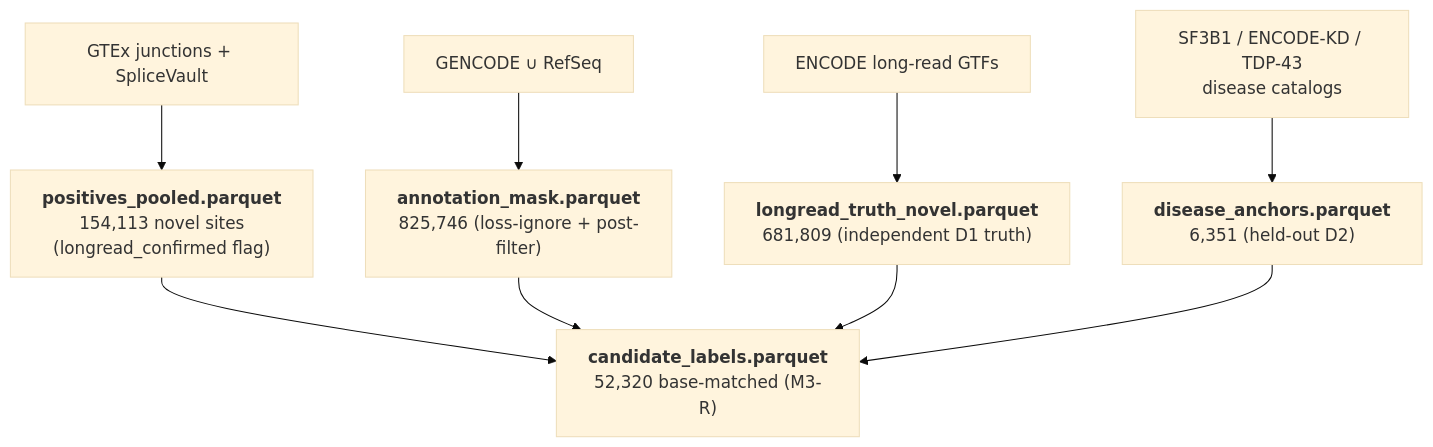
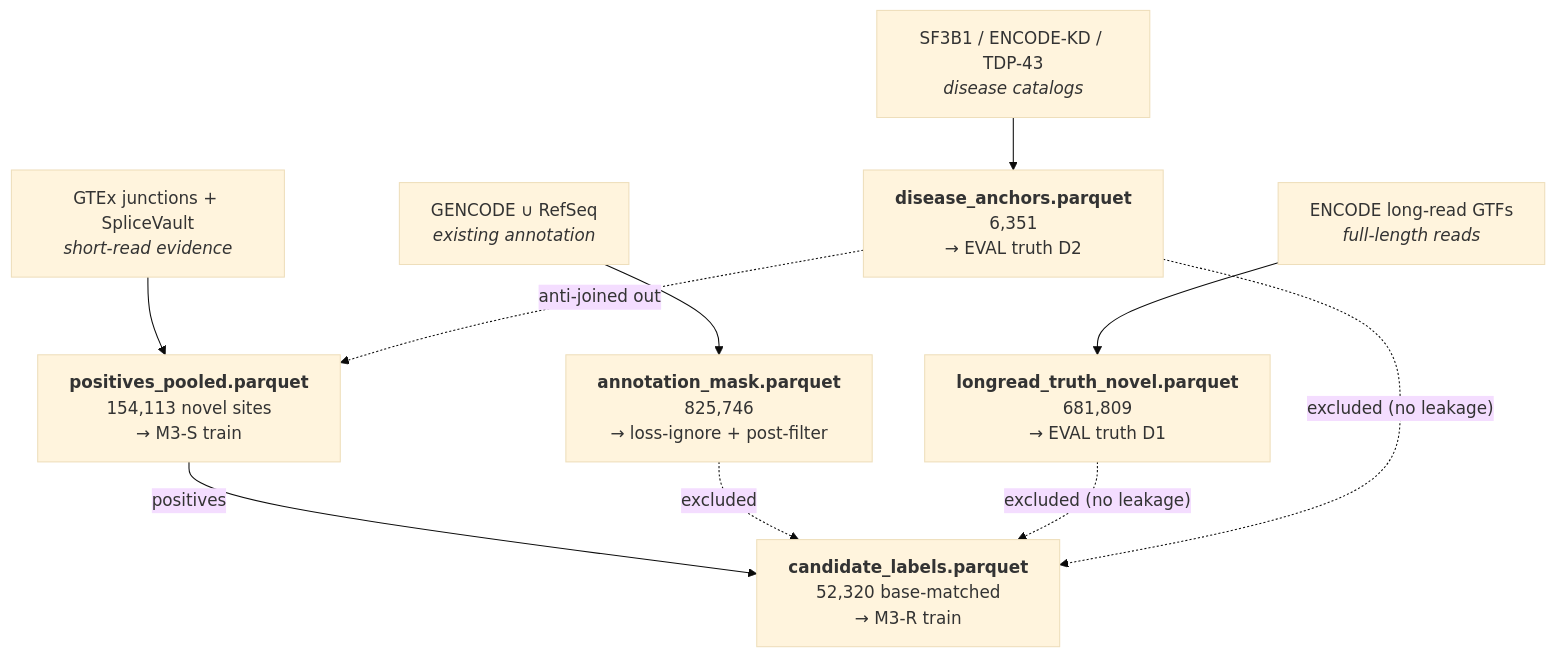
One commit to pleiadian53/agentic-spliceai changed the diagram in docs/workflows/meta_layer/09_m3_label_curation.md. Above: the diagram before and after it, drawn with Mermaid (base theme). The commit also changed other lines of this file, not shown here.

````diff
--- a/docs/workflows/meta_layer/09_m3_label_curation.md
+++ b/docs/workflows/meta_layer/09_m3_label_curation.md
@@ -24,11 +26,12 @@
 ```mermaid
 flowchart TD
-  A["GTEx junctions + SpliceVault"] --> P["<b>positives_pooled.parquet</b><br/>154,113 novel sites<br/>(longread_confirmed flag)"]
-  B["SF3B1 / ENCODE-KD / TDP-43<br/>disease catalogs"] --> D2["<b>disease_anchors.parquet</b><br/>6,351 (held-out D2)"]
-  C["GENCODE ∪ RefSeq"] --> M["<b>annotation_mask.parquet</b><br/>825,746 (loss-ignore + post-filter)"]
-  E["ENCODE long-read GTFs"] --> D1["<b>longread_truth_novel.parquet</b><br/>681,809 (independent D1 truth)"]
-  P --> R["<b>candidate_labels.parquet</b><br/>52,320 base-matched (M3-R)"]
-  M --> R
-  D1 --> R
-  D2 --> R
+  A["GTEx junctions + SpliceVault<br/><i>short-read evidence</i>"] --> P["<b>positives_pooled.parquet</b><br/>154,113 novel sites<br/>→ M3-S train"]
+  C["GENCODE ∪ RefSeq<br/><i>existing annotation</i>"] --> M["<b>annotation_mask.parquet</b><br/>825,746<br/>→ loss-ignore + post-filter"]
+  E["ENCODE long-read GTFs<br/><i>full-length reads</i>"] --> D1["<b>longread_truth_novel.parquet</b><br/>681,809<br/>→ EVAL truth D1"]
+  B["SF3B1 / ENCODE-KD / TDP-43<br/><i>disease catalogs</i>"] --> D2["<b>disease_anchors.parquet</b><br/>6,351<br/>→ EVAL truth D2"]
+  P -- "positives" --> R["<b>candidate_labels.parquet</b><br/>52,320 base-matched<br/>→ M3-R train"]
+  M -. "excluded" .-> R
+  D1 -. "excluded (no leakage)" .-> R
+  D2 -. "excluded (no leakage)" .-> R
+  D2 -. "anti-joined out" .-> P
 ```
````
